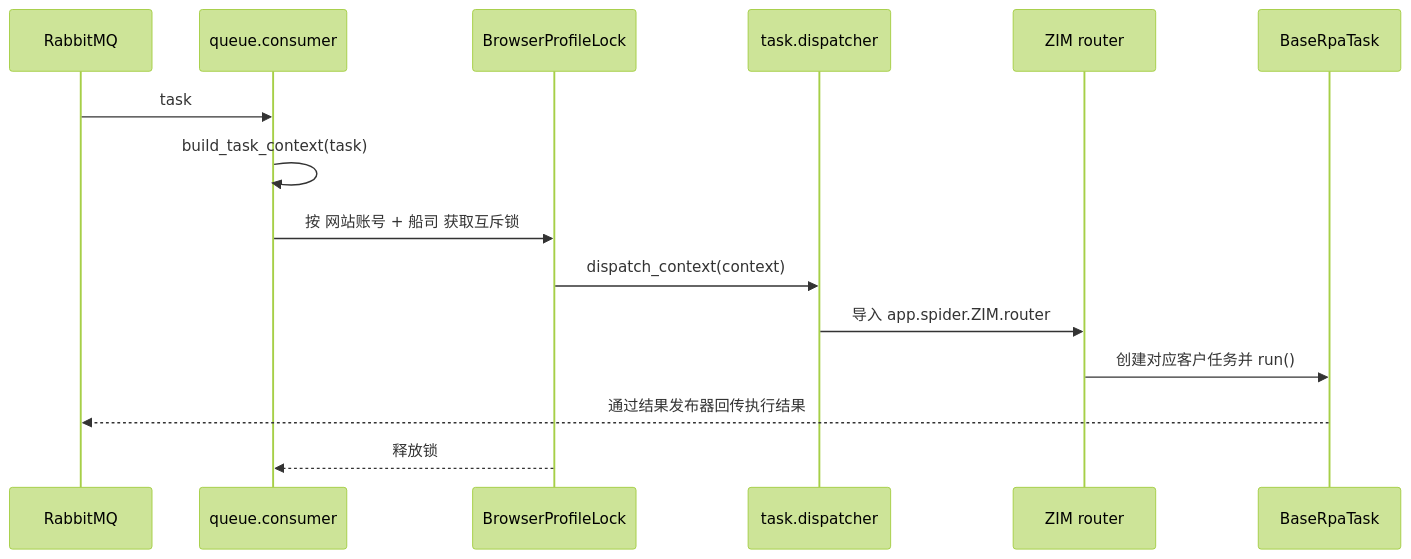
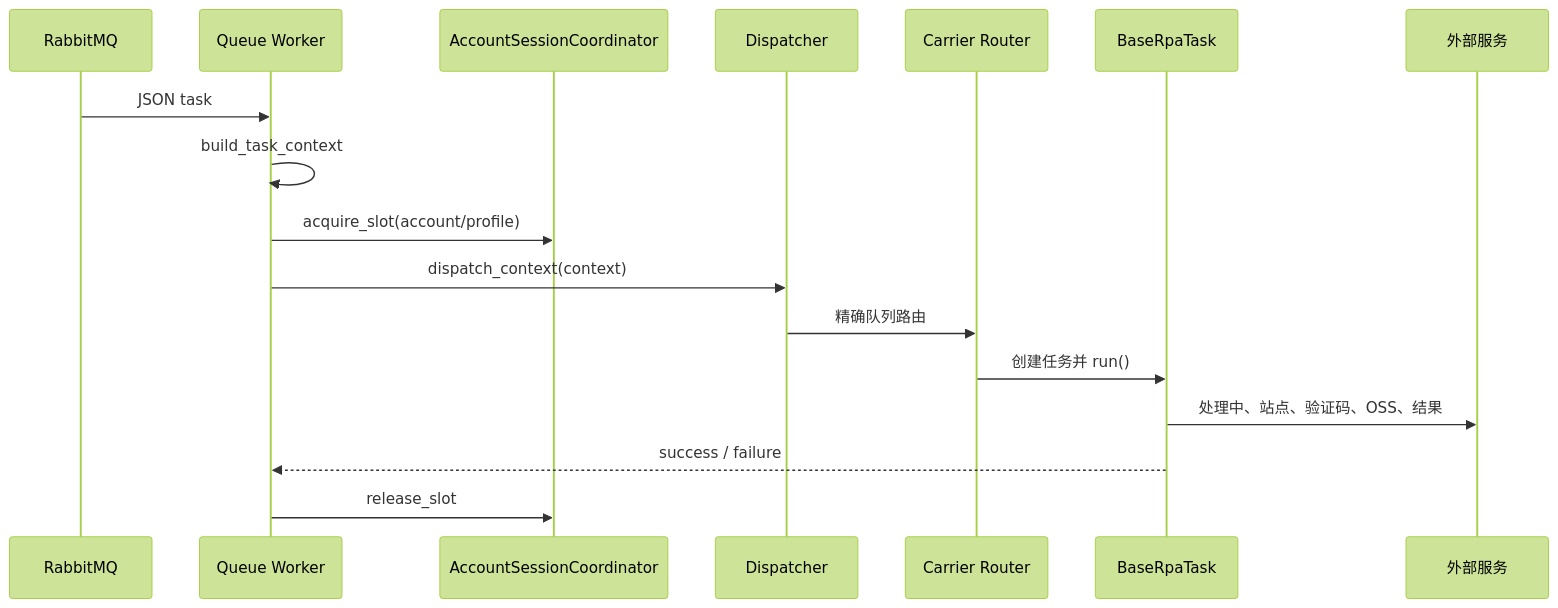
One commit to EHERONEOS/document_RPA changed the third of 3 diagrams in doc/架构说明文档.md. Above: the diagram before and after it, drawn with Mermaid (forest theme). The commit also changed other lines of this file and 7 other files, not shown here.

````diff
--- a/doc/架构说明文档.md
+++ b/doc/架构说明文档.md
@@ -146,18 +301,20 @@
 ```mermaid
 sequenceDiagram
     participant MQ as RabbitMQ
-    participant C as queue.consumer
-    participant L as BrowserProfileLock
-    participant D as task.dispatcher
-    participant R as ZIM router
+    participant W as Queue Worker
+    participant AS as AccountSessionCoordinator
+    participant D as Dispatcher
+    participant R as Carrier Router
     participant T as BaseRpaTask
+    participant X as 外部服务
 
-    MQ->>C: task
-    C->>C: build_task_context(task)
-    C->>L: 按 网站账号 + 船司 获取互斥锁
-    L->>D: dispatch_context(context)
-    D->>R: 导入 app.spider.ZIM.router
-    R->>T: 创建对应客户任务并 run()
-    T-->>MQ: 通过结果发布器回传执行结果
-    L-->>C: 释放锁
+    MQ->>W: JSON task
+    W->>W: build_task_context
+    W->>AS: acquire_slot(account/profile)
+    W->>D: dispatch_context(context)
+    D->>R: 精确队列路由
+    R->>T: 创建任务并 run()
+    T->>X: 处理中、站点、验证码、OSS、结果
+    T-->>W: success / failure
+    W->>AS: release_slot
 ```
````
